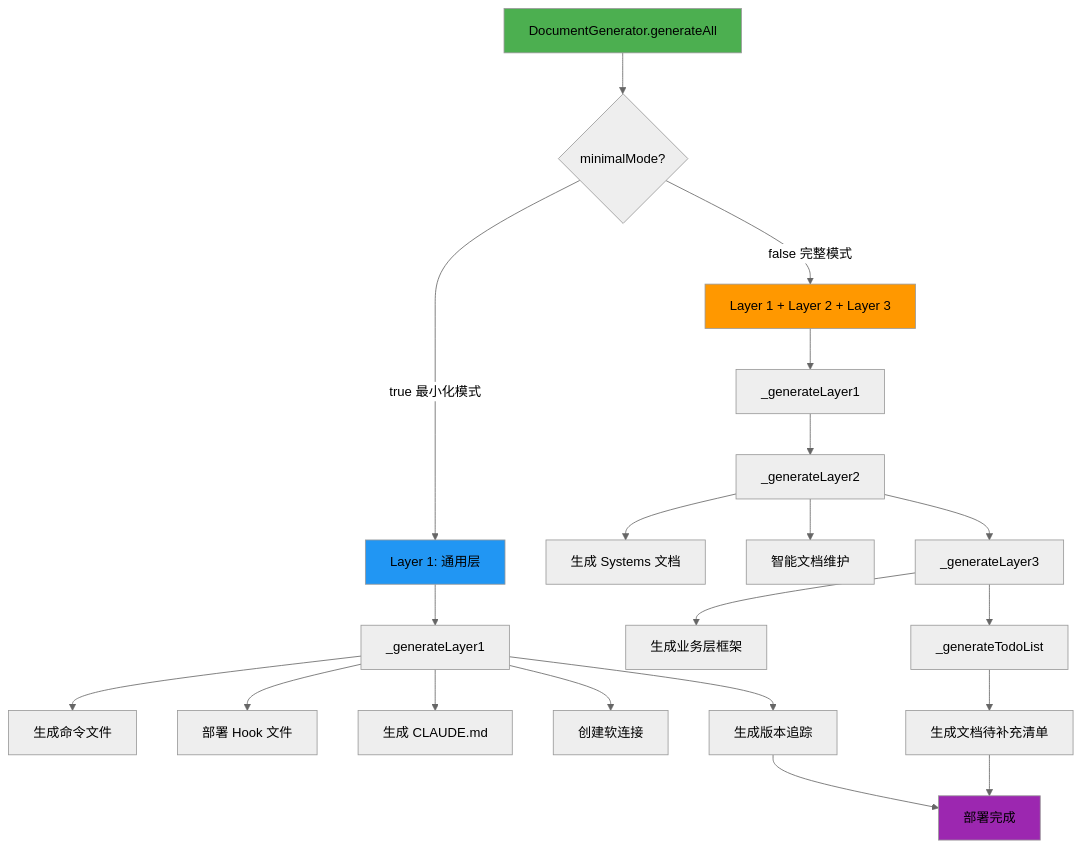
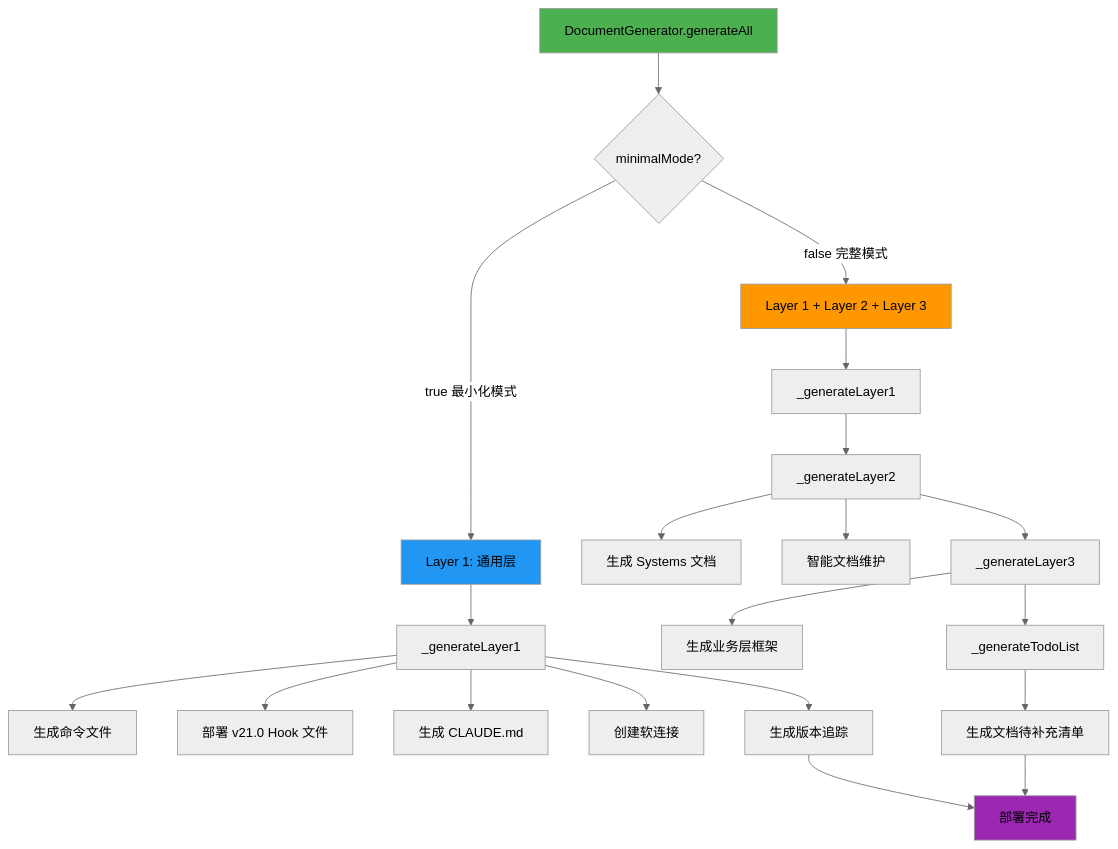
Before and after one commit to jju666/NeteaseMod-Claude: the seventh of 9 diagrams in docs/developer/数据流设计.md, drawn with Mermaid (neutral theme). The commit also changed other lines of this file and 478 other files, not shown here.

````diff
--- a/docs/developer/数据流设计.md
+++ b/docs/developer/数据流设计.md
@@ -503,33 +964,33 @@
 ```mermaid
 flowchart TD
     A[DocumentGenerator.generateAll] --> B{minimalMode?}
 
     B -->|true 最小化模式| C[Layer 1: 通用层]
     B -->|false 完整模式| D[Layer 1 + Layer 2 + Layer 3]
 
     C --> C1[_generateLayer1]
     C1 --> C11[生成命令文件]
-    C1 --> C12[部署 Hook 文件]
+    C1 --> C12[部署 v21.0 Hook 文件]
     C1 --> C13[生成 CLAUDE.md]
     C1 --> C14[创建软连接]
     C1 --> C15[生成版本追踪]
 
     D --> D1[_generateLayer1]
     D1 --> D2[_generateLayer2]
     D2 --> D21[生成 Systems 文档]
     D2 --> D22[智能文档维护]
 
     D2 --> D3[_generateLayer3]
     D3 --> D31[生成业务层框架]
 
     D3 --> D4[_generateTodoList]
     D4 --> D41[生成文档待补充清单]
 
     C15 --> E[部署完成]
     D41 --> E
 
     style A fill:#4CAF50
     style C fill:#2196F3
     style D fill:#FF9800
     style E fill:#9C27B0
 ```
````
